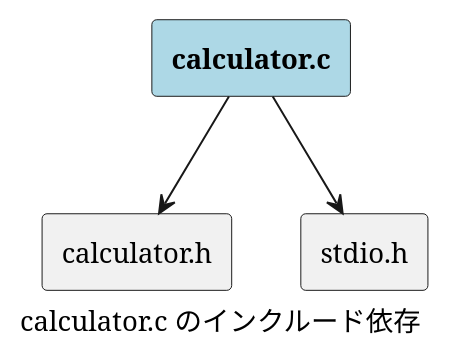
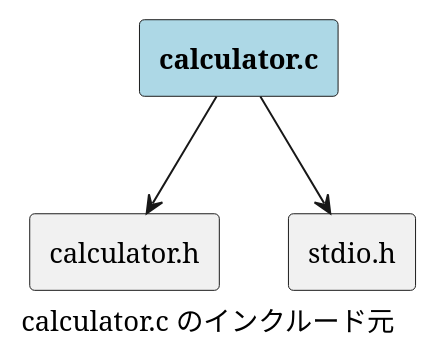
Before and after one commit to Hondarer/doxygen-framework: the fourth of 5 diagrams in docs-src/extract-graphs.md, drawn with PlantUML. The commit also changed other lines of this file and 4 other files, not shown here.

````diff
--- a/docs-src/extract-graphs.md
+++ b/docs-src/extract-graphs.md
@@ -164,10 +164,10 @@
 ```plantuml
-@startuml calculator.c のインクルード依存
-    caption calculator.c のインクルード依存
+@startuml calculator.c のインクルード元
+    caption calculator.c のインクルード元
     rectangle "**calculator.c**" as n1 #LightBlue
     rectangle "calculator.h" as n2
     rectangle "stdio.h" as n3
     n1 --> n2
     n1 --> n3
 @enduml
 ```
````
